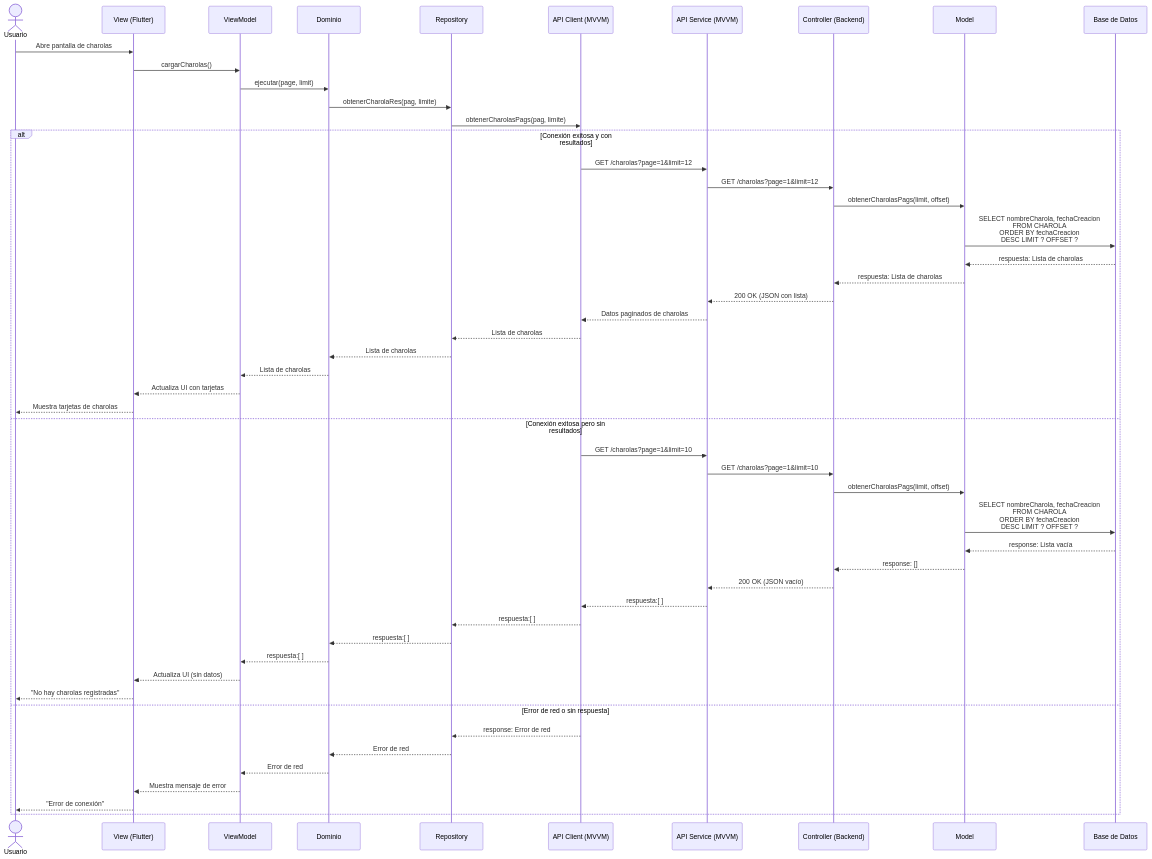
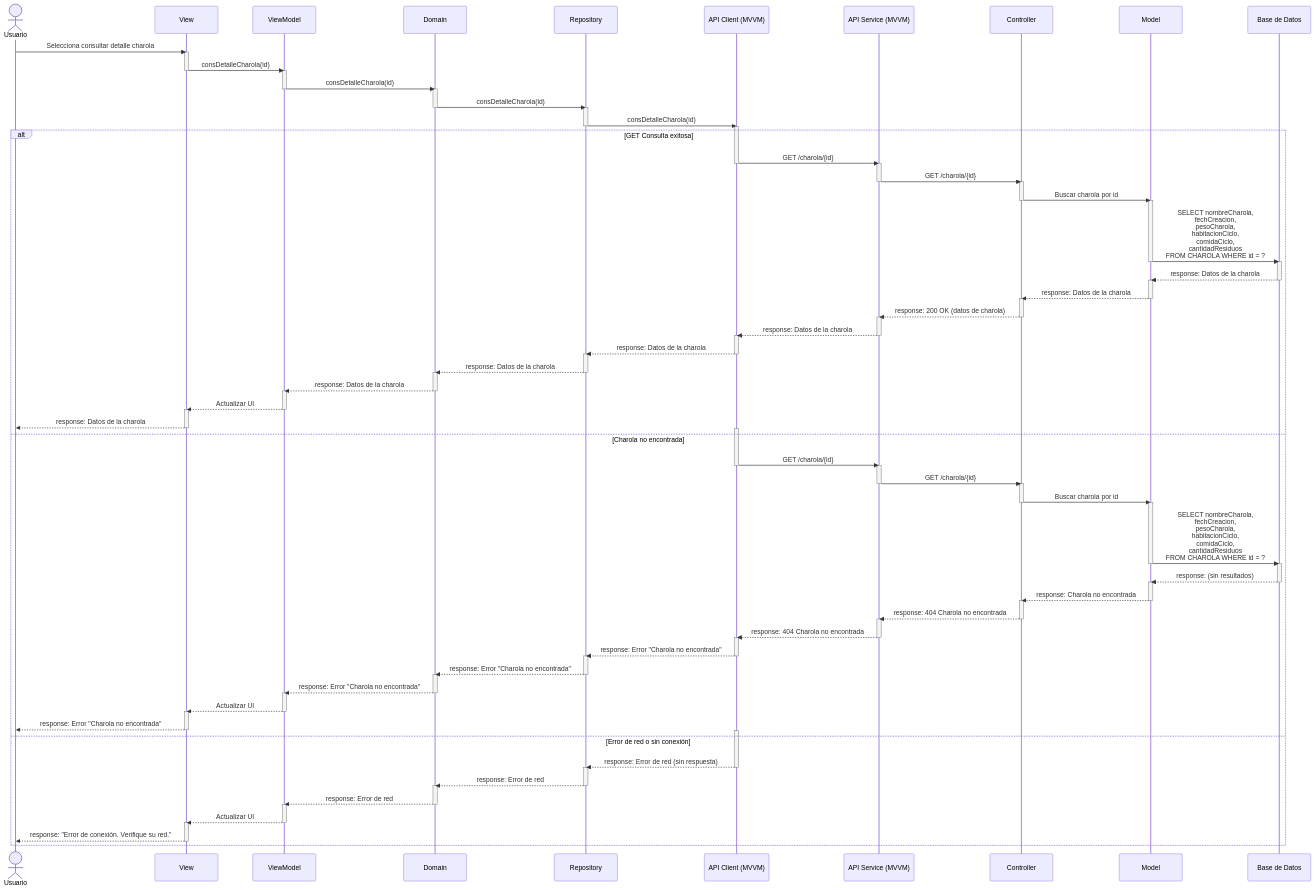
The diagram in documentation/docs/proyectos/larvas/documentacion/requisitos/RF16.md (CodeAnd-Co/Documentacion), drawn with Mermaid before and after one commit.

Commit message:
Agregar bloques de secuencia

````diff
--- a/documentation/docs/proyectos/larvas/documentacion/requisitos/RF16.md
+++ b/documentation/docs/proyectos/larvas/documentacion/requisitos/RF16.md
@@ -22,55 +22,159 @@
 ```mermaid
 sequenceDiagram
     actor Usuario
-    participant View as View (Flutter)
+    participant View as View
     participant ViewModel as ViewModel
-    participant Domain as Dominio
+    participant Domain as Domain
     participant Repository as Repository
     participant APIClient as API Client (MVVM)
     participant APIService as API Service (MVVM)
-    participant Controller as Controller (Backend)
+    participant Controller as Controller
     participant Model as Model
     participant Database as Base de Datos
 
-    Usuario->>View: Abre pantalla de charolas
-    View->>ViewModel: cargarCharolas()
-    ViewModel->>Domain: ejecutar(page, limit)
-    Domain->>Repository: obtenerCharolaRes(pag, limite)
-    Repository->>APIClient: obtenerCharolasPags(pag, limite)
+    
+    Usuario->>View: Selecciona consultar detalle charola
+    activate View
+    View->>ViewModel: consDetalleCharola(id)
+    deactivate View
 
-    alt Conexión exitosa y con resultados
-        APIClient->>APIService: GET /charolas?page=1&limit=12
-        APIService->>Controller: GET /charolas?page=1&limit=12
-        Controller->>Model: obtenerCharolasPags(limit, offset)
-        Model->>Database: SELECT nombreCharola, fechaCreacion <br>FROM CHAROLA <br>ORDER BY fechaCreacion <br>DESC LIMIT ? OFFSET ?
-        Database-->>Model: respuesta: Lista de charolas
-        Model-->>Controller: respuesta: Lista de charolas
-        Controller-->>APIService: 200 OK (JSON con lista)
-        APIService-->>APIClient: Datos paginados de charolas
-        APIClient-->>Repository: Lista de charolas
-        Repository-->>Domain: Lista de charolas
-        Domain-->>ViewModel: Lista de charolas
-        ViewModel-->>View: Actualiza UI con tarjetas
-        View-->>Usuario: Muestra tarjetas de charolas
-    else Conexión exitosa pero sin resultados
-        APIClient->>APIService: GET /charolas?page=1&limit=10
-        APIService->>Controller: GET /charolas?page=1&limit=10
-        Controller->>Model: obtenerCharolasPags(limit, offset)
-        Model->>Database: SELECT nombreCharola, fechaCreacion <br>FROM CHAROLA <br>ORDER BY fechaCreacion <br>DESC LIMIT ? OFFSET ?
-        Database-->>Model: response: Lista vacía
-        Model-->>Controller: response: []
-        Controller-->>APIService: 200 OK (JSON vacío)
-        APIService-->>APIClient: respuesta:[ ]
-        APIClient-->>Repository: respuesta:[ ]
-        Repository-->>Domain: respuesta:[ ]
-        Domain-->>ViewModel: respuesta:[ ]
-        ViewModel-->>View: Actualiza UI (sin datos)
-        View-->>Usuario: "No hay charolas registradas"
-    else Error de red o sin respuesta
-        APIClient-->>Repository: response: Error de red
-        Repository-->>Domain: Error de red
-        Domain-->>ViewModel: Error de red
-        ViewModel-->>View: Muestra mensaje de error
-        View-->>Usuario: "Error de conexión"
+    activate ViewModel
+    ViewModel->>Domain: consDetalleCharola(id)
+    deactivate ViewModel
+
+    activate Domain
+    Domain->>Repository: consDetalleCharola(id)
+    deactivate Domain
+
+    activate Repository
+    Repository->>APIClient: consDetalleCharola(id)
+    deactivate Repository
+    activate APIClient
+
+    alt GET Consulta exitosa
+        APIClient->>APIService: GET /charola/{id}
+        deactivate APIClient
+
+        activate APIService
+        APIService->>Controller: GET /charola/{id}
+        deactivate APIService
+
+        activate Controller
+        Controller->>Model: Buscar charola por id
+        deactivate Controller
+
+        activate Model
+        Model->>Database: SELECT nombreCharola, <br>fechCreacion, <br>pesoCharola, <br>habitacionCiclo, <br>comidaCiclo, <br>cantidadResiduos <br>FROM CHAROLA WHERE id = ?;
+        deactivate Model
+
+        activate Database
+        Database-->>Model: response: Datos de la charola
+        deactivate Database
+
+        activate Model
+        Model-->>Controller: response: Datos de la charola
+        deactivate Model
+
+        activate Controller
+        Controller-->>APIService: response: 200 OK (datos de charola)
+        deactivate Controller
+
+        activate APIService
+        APIService-->>APIClient: response: Datos de la charola
+        deactivate APIService
+
+        activate APIClient
+        APIClient-->>Repository: response: Datos de la charola
+        deactivate APIClient
+
+        activate Repository
+        Repository-->>Domain: response: Datos de la charola
+        deactivate Repository
+
+        activate Domain
+        Domain-->>ViewModel: response: Datos de la charola
+        deactivate Domain
+
+        activate ViewModel
+        ViewModel-->>View: Actualizar UI
+        deactivate ViewModel
+
+        activate View
+        View-->>Usuario: response: Datos de la charola
+        deactivate View
+        activate APIClient
+
+    else Charola no encontrada
+        APIClient->>APIService: GET /charola/{id}
+        deactivate APIClient
+
+        activate APIService
+        APIService->>Controller: GET /charola/{id}
+        deactivate APIService
+
+        activate Controller
+        Controller->>Model: Buscar charola por id
+        deactivate Controller
+
+        activate Model
+        Model->>Database: SELECT nombreCharola, <br>fechCreacion, <br>pesoCharola, <br>habitacionCiclo, <br>comidaCiclo, <br>cantidadResiduos <br>FROM CHAROLA WHERE id = ?;
+        deactivate Model
+
+        activate Database
+        Database-->>Model: response: (sin resultados)
+        deactivate Database
+
+        activate Model
+        Model-->>Controller: response: Charola no encontrada
+        deactivate Model
+
+        activate Controller
+        Controller-->>APIService: response: 404 Charola no encontrada
+        deactivate Controller
+
+        activate APIService
+        APIService-->>APIClient: response: 404 Charola no encontrada
+        deactivate APIService
+        
+        activate APIClient
+        APIClient-->>Repository: response: Error "Charola no encontrada"
+        deactivate APIClient
+
+        activate Repository
+        Repository-->>Domain: response: Error "Charola no encontrada"
+        deactivate Repository
+
+        activate Domain
+        Domain-->>ViewModel: response: Error "Charola no encontrada"
+        deactivate Domain
+
+        activate ViewModel
+        ViewModel-->>View: Actualizar UI
+        deactivate ViewModel
+
+        activate View
+        View-->>Usuario: response: Error "Charola no encontrada"
+        deactivate View
+        activate APIClient
+
+    else Error de red o sin conexión
+        APIClient-->>Repository: response: Error de red (sin respuesta)
+        deactivate APIClient
+
+        activate Repository
+        Repository-->>Domain: response: Error de red
+        deactivate Repository
+
+        activate Domain
+        Domain-->>ViewModel: response: Error de red
+        deactivate Domain
+
+        activate ViewModel
+        ViewModel-->>View: Actualizar UI
+        deactivate ViewModel
+
+        activate View
+        View-->>Usuario: response: "Error de conexión. Verifique su red."
+        deactivate View
     end
 ```
````
